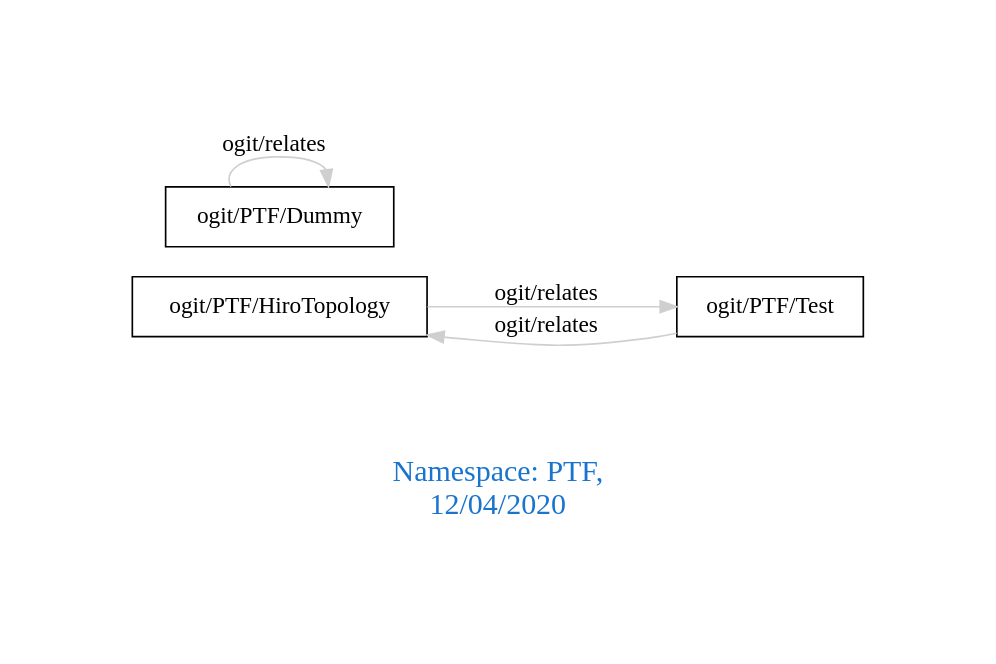
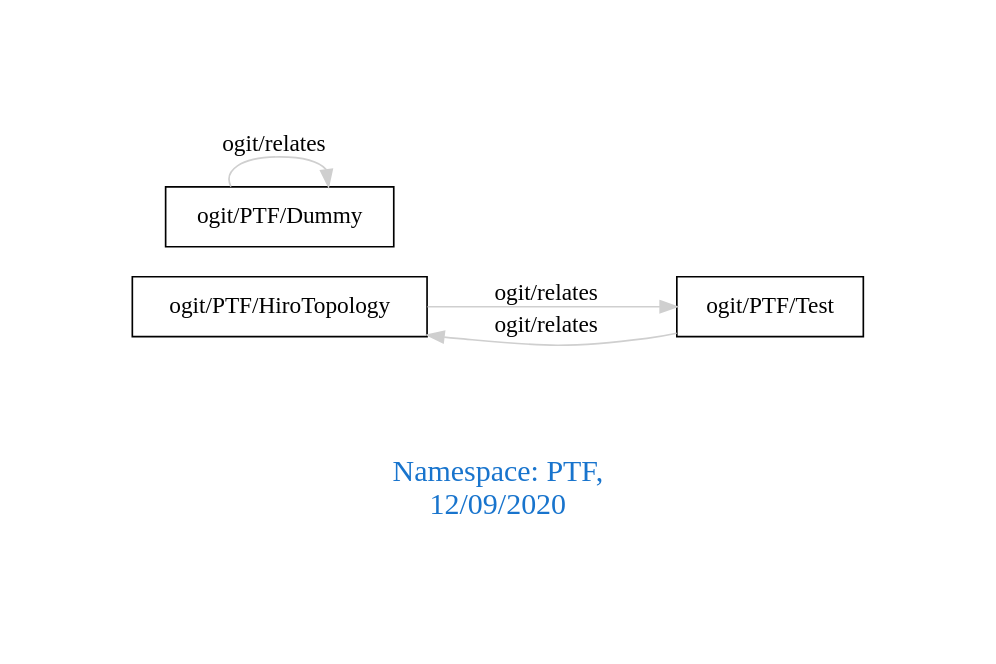
One commit to arago/OGIT changed the diagram in downloads/PTF.dot. Above: the diagram before and after it, drawn with Graphviz. The commit also changed 1822 other files, not shown here.

```diff
--- a/downloads/PTF.dot
+++ b/downloads/PTF.dot
@@ -1,11 +1,11 @@
 digraph OGIT_ontology {
  graph [ rankdir= LR,pad=1 
 fontsize = 18,
-fontcolor= dodgerblue3,label = "\n\n\nNamespace: PTF, \n 12/04/2020"];
+fontcolor= dodgerblue3,label = "\n\n\nNamespace: PTF, \n 12/09/2020"];
 node[shape=polygon];
 edge [  color="gray81"];
 
    "ogit/PTF/HiroTopology" -> "ogit/PTF/Test" [label="   ogit/relates    "];
    "ogit/PTF/Test" -> "ogit/PTF/HiroTopology" [label="   ogit/relates    "];
    "ogit/PTF/Dummy" -> "ogit/PTF/Dummy" [label="   ogit/relates    "];
 }
```
